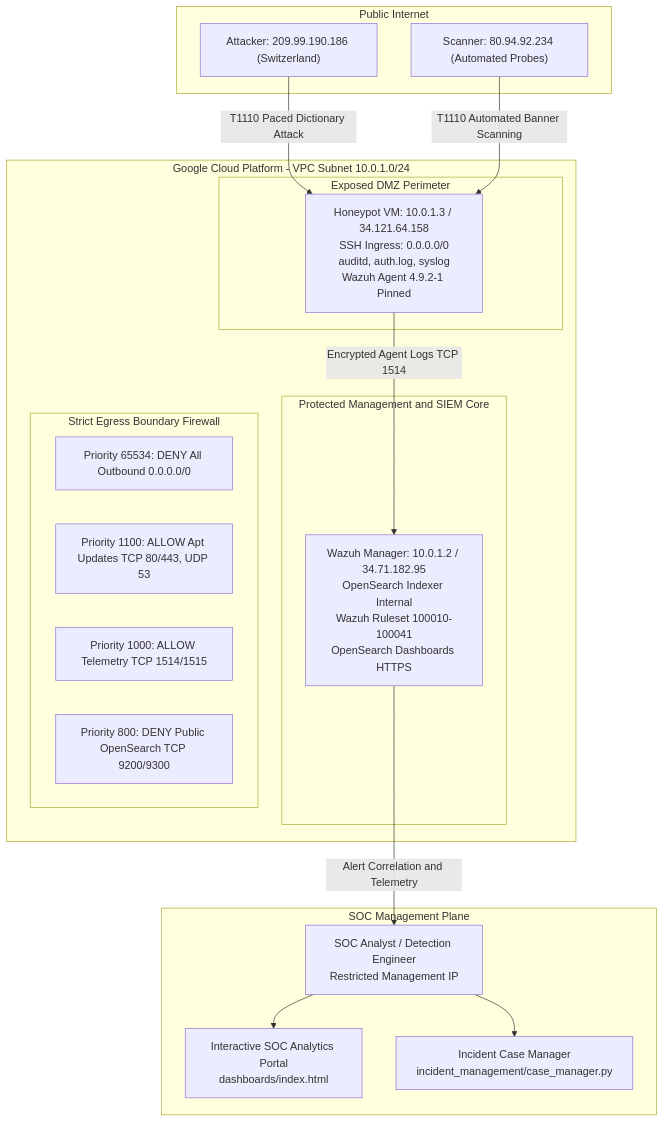
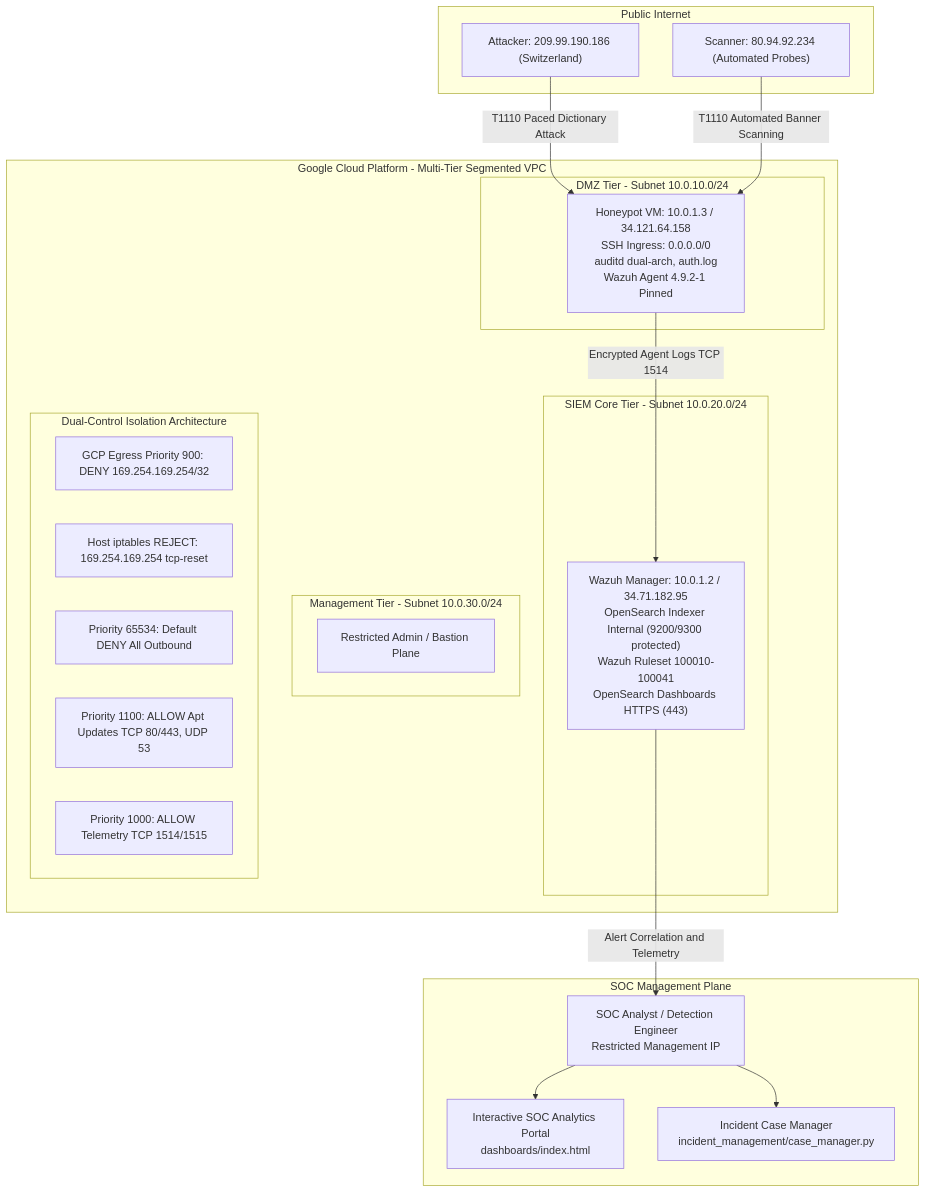
One commit to Yogesht1520/Security-Engineering-Portfolio changed the diagram in siem-detection-lab/README.md. Above: the diagram before and after it, drawn with Mermaid. The commit also changed other lines of this file and 18 other files, not shown here.

````diff
--- a/siem-detection-lab/README.md
+++ b/siem-detection-lab/README.md
@@ -14,37 +14,42 @@
 ```mermaid
 flowchart TD
     subgraph Internet["Public Internet"]
         ATK1["Attacker: 209.99.190.186 (Switzerland)"]
         ATK2["Scanner: 80.94.92.234 (Automated Probes)"]
     end
 
-    subgraph GCP["Google Cloud Platform - VPC Subnet 10.0.1.0/24"]
-        subgraph DMZ["Exposed DMZ Perimeter"]
-            Honeypot["Honeypot VM: 10.0.1.3 / 34.121.64.158<br/>SSH Ingress: 0.0.0.0/0<br/>auditd, auth.log, syslog<br/>Wazuh Agent 4.9.2-1 Pinned"]
+    subgraph GCP["Google Cloud Platform - Multi-Tier Segmented VPC"]
+        subgraph DMZSubnet["DMZ Tier - Subnet 10.0.10.0/24"]
+            Honeypot["Honeypot VM: 10.0.1.3 / 34.121.64.158<br/>SSH Ingress: 0.0.0.0/0<br/>auditd dual-arch, auth.log<br/>Wazuh Agent 4.9.2-1 Pinned"]
         end
 
-        subgraph HardenedCore["Protected Management and SIEM Core"]
-            SIEM["Wazuh Manager: 10.0.1.2 / 34.71.182.95<br/>OpenSearch Indexer Internal<br/>Wazuh Ruleset 100010-100041<br/>OpenSearch Dashboards HTTPS"]
+        subgraph SIEMSubnet["SIEM Core Tier - Subnet 10.0.20.0/24"]
+            SIEM["Wazuh Manager: 10.0.1.2 / 34.71.182.95<br/>OpenSearch Indexer Internal (9200/9300 protected)<br/>Wazuh Ruleset 100010-100041<br/>OpenSearch Dashboards HTTPS (443)"]
         end
 
-        subgraph EgressPolicy["Strict Egress Boundary Firewall"]
-            EgressDeny["Priority 65534: DENY All Outbound 0.0.0.0/0"]
+        subgraph AdminSubnet["Management Tier - Subnet 10.0.30.0/24"]
+            Bastion["Restricted Admin / Bastion Plane"]
+        end
+
+        subgraph IsolationControls["Dual-Control Isolation Architecture"]
+            MetaGCP["GCP Egress Priority 900: DENY 169.254.169.254/32"]
+            MetaHost["Host iptables REJECT: 169.254.169.254 tcp-reset"]
+            EgressDeny["Priority 65534: Default DENY All Outbound"]
             EgressPkg["Priority 1100: ALLOW Apt Updates TCP 80/443, UDP 53"]
             EgressSIEM["Priority 1000: ALLOW Telemetry TCP 1514/1515"]
-            IndexDeny["Priority 800: DENY Public OpenSearch TCP 9200/9300"]
         end
     end
 
     subgraph SOC["SOC Management Plane"]
         Analyst["SOC Analyst / Detection Engineer<br/>Restricted Management IP"]
         Portal["Interactive SOC Analytics Portal<br/>dashboards/index.html"]
         CaseMgmt["Incident Case Manager<br/>incident_management/case_manager.py"]
     end
 
     ATK1 -->|"T1110 Paced Dictionary Attack"| Honeypot
     ATK2 -->|"T1110 Automated Banner Scanning"| Honeypot
     Honeypot -->|"Encrypted Agent Logs TCP 1514"| SIEM
     SIEM -->|"Alert Correlation and Telemetry"| Analyst
     Analyst --> Portal
     Analyst --> CaseMgmt
 ```
````
